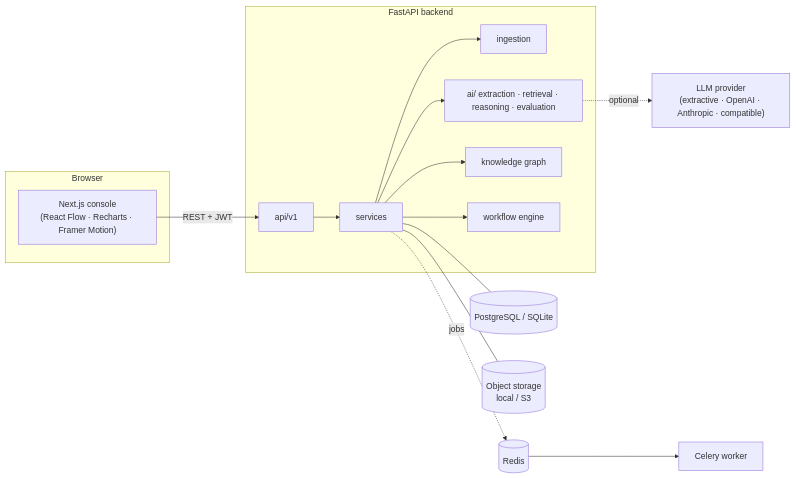
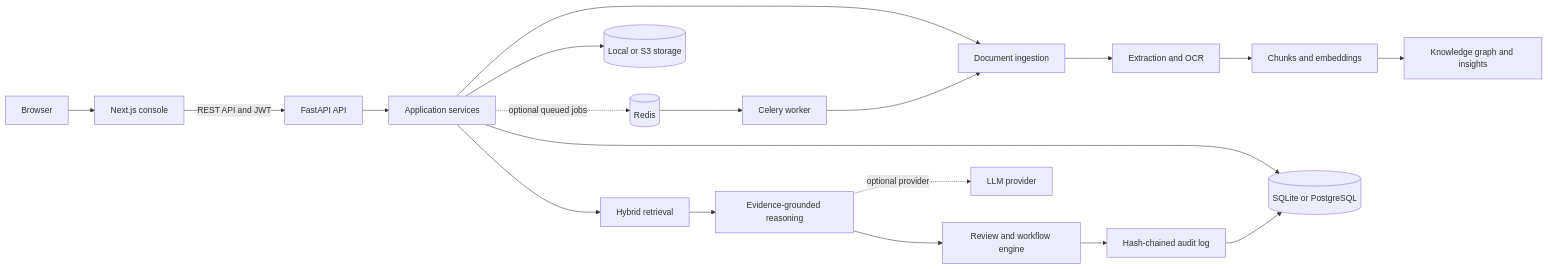
The first of 2 diagrams in README.md (Yog-esh06/Neuroforage-AI), drawn with Mermaid before and after one commit. The commit also changed other lines of this file, not shown here.

````diff
--- a/README.md
+++ b/README.md
@@ -49,18 +67,21 @@
 ```mermaid
 flowchart LR
-  subgraph Browser
-    UI["Next.js console<br/>(React Flow · Recharts · Framer Motion)"]
-  end
-  subgraph Backend["FastAPI backend"]
-    API[api/v1] --> SVC[services]
-    SVC --> ING[ingestion]
-    SVC --> AI["ai/ extraction · retrieval · reasoning · evaluation"]
-    SVC --> KG[knowledge graph]
-    SVC --> WF[workflow engine]
-  end
-  UI -- "REST + JWT" --> API
-  SVC --- DB[("PostgreSQL / SQLite")]
-  SVC --- OBJ[("Object storage<br/>local / S3")]
-  SVC -. jobs .-> REDIS[(Redis)] --> WORKER[Celery worker]
-  AI -. optional .-> LLM["LLM provider<br/>(extractive · OpenAI · Anthropic · compatible)"]
+    Browser[Browser] --> UI[Next.js console]
+    UI -->|REST API and JWT| API[FastAPI API]
+    API --> SVC[Application services]
+    SVC --> ING[Document ingestion]
+    ING --> EXTRACT[Extraction and OCR]
+    EXTRACT --> INDEX[Chunks and embeddings]
+    INDEX --> KG[Knowledge graph and insights]
+    SVC --> RET[Hybrid retrieval]
+    RET --> REASON[Evidence-grounded reasoning]
+    REASON --> REVIEW[Review and workflow engine]
+    SVC --> DB[(SQLite or PostgreSQL)]
+    SVC --> STORE[(Local or S3 storage)]
+    SVC -. optional queued jobs .-> REDIS[(Redis)]
+    REDIS --> WORKER[Celery worker]
+    WORKER --> ING
+    REASON -. optional provider .-> LLM[LLM provider]
+    REVIEW --> AUDIT[Hash-chained audit log]
+    AUDIT --> DB
 ```
````
